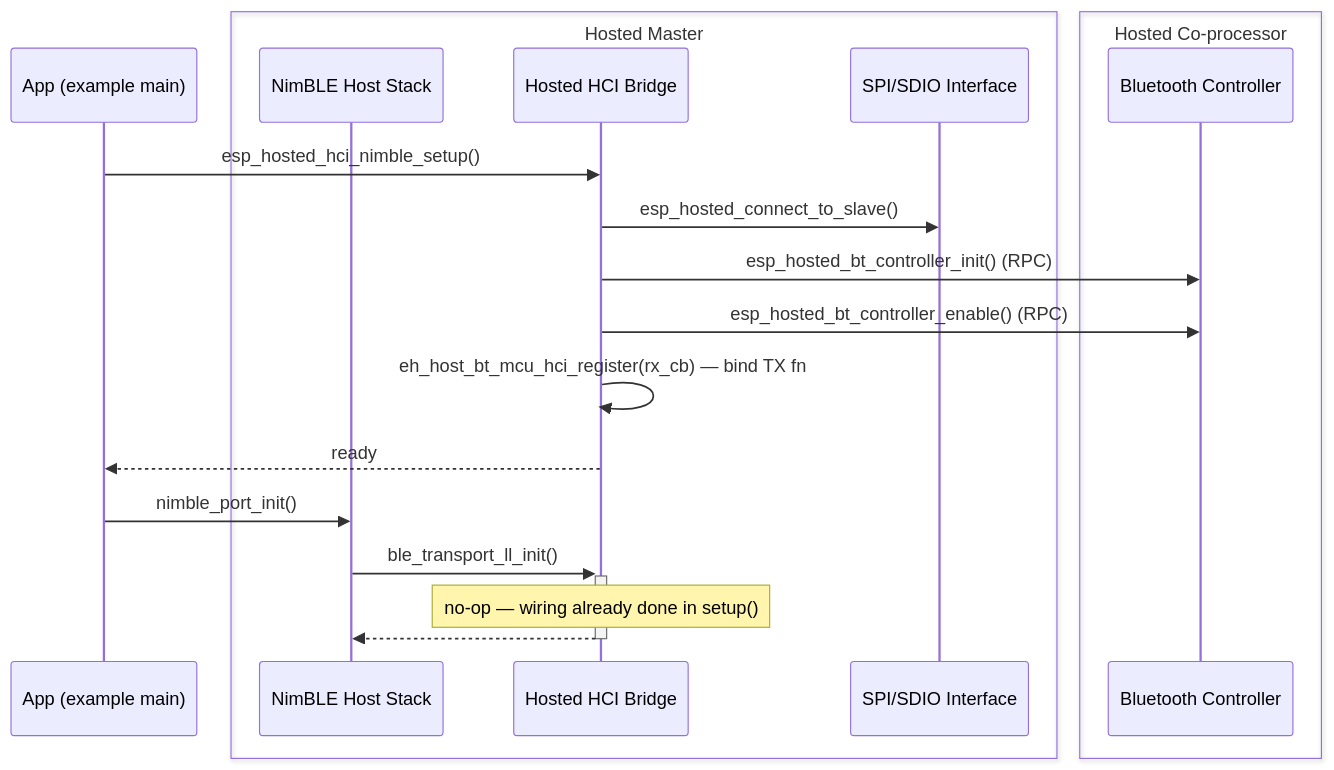
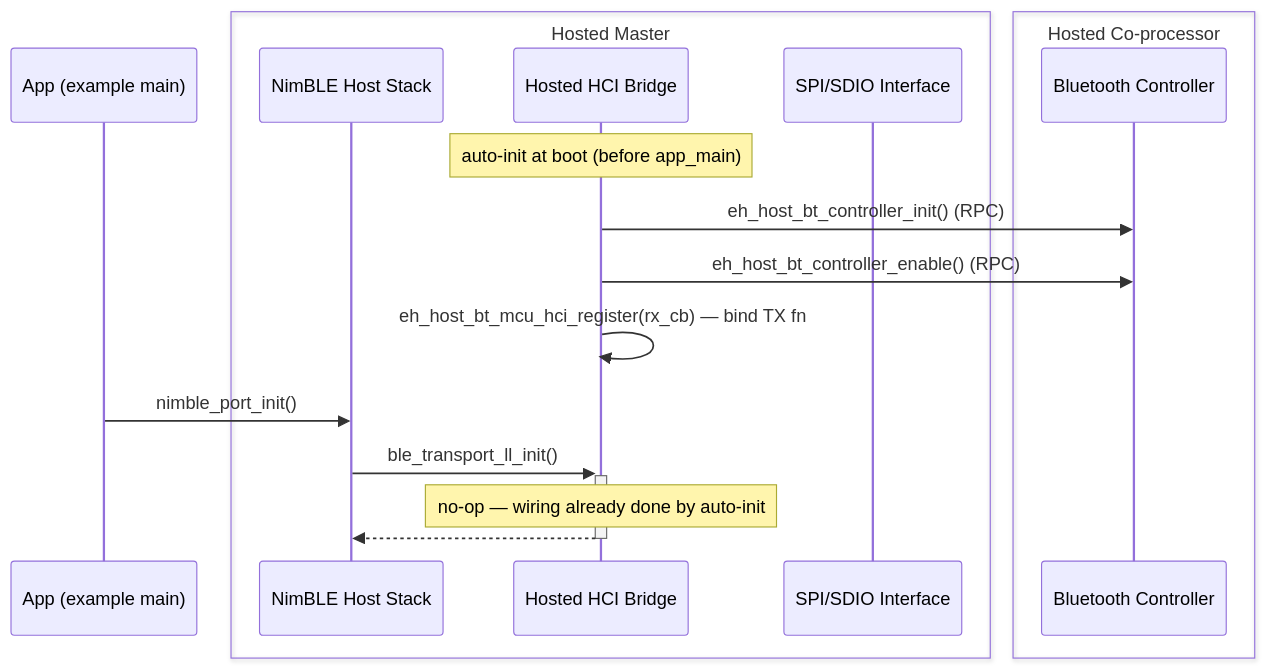
One commit to espressif/esp-hosted changed the first of 12 diagrams in docs/design/bluetooth.md. Above: the diagram before and after it, drawn with Mermaid. The commit also changed other lines of this file and 13 other files, not shown here.

````diff
--- a/docs/design/bluetooth.md
+++ b/docs/design/bluetooth.md
@@ -87,25 +87,23 @@
 ```mermaid
 sequenceDiagram
     participant app as App (example main)
     box transparent Hosted Master
     participant ble as NimBLE Host Stack
     participant hhci as Hosted HCI Bridge
     participant master as SPI/SDIO Interface
     end
 
     box transparent Hosted Co-processor
     participant slave as Bluetooth Controller
     end
 
-    app ->> hhci : esp_hosted_hci_nimble_setup()
-    hhci ->> master : esp_hosted_connect_to_slave()
-    hhci ->> slave : esp_hosted_bt_controller_init() (RPC)
-    hhci ->> slave : esp_hosted_bt_controller_enable() (RPC)
+    Note over hhci : auto-init at boot (before app_main)
+    hhci ->> slave : eh_host_bt_controller_init() (RPC)
+    hhci ->> slave : eh_host_bt_controller_enable() (RPC)
     hhci ->> hhci : eh_host_bt_mcu_hci_register(rx_cb) — bind TX fn
-    hhci -->> app : ready
 
     app ->> ble : nimble_port_init()
     ble ->> +hhci : ble_transport_ll_init()
-    Note over hhci : no-op — wiring already done in setup()
+    Note over hhci : no-op — wiring already done by auto-init
     hhci -->> -ble :
 ```
````
